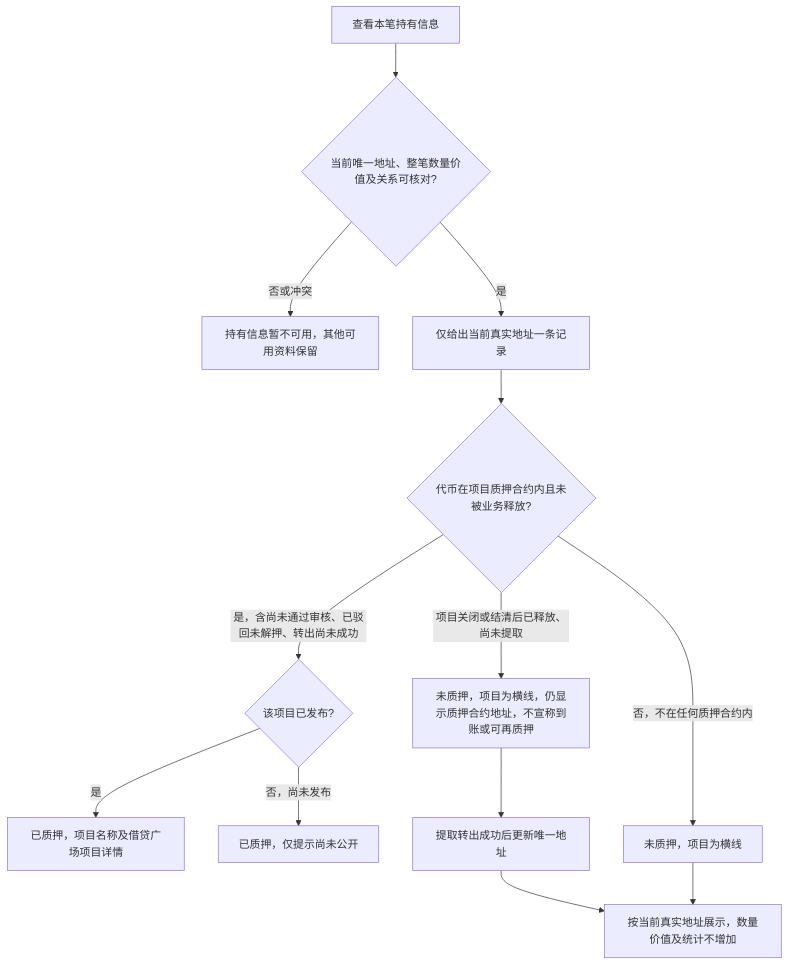
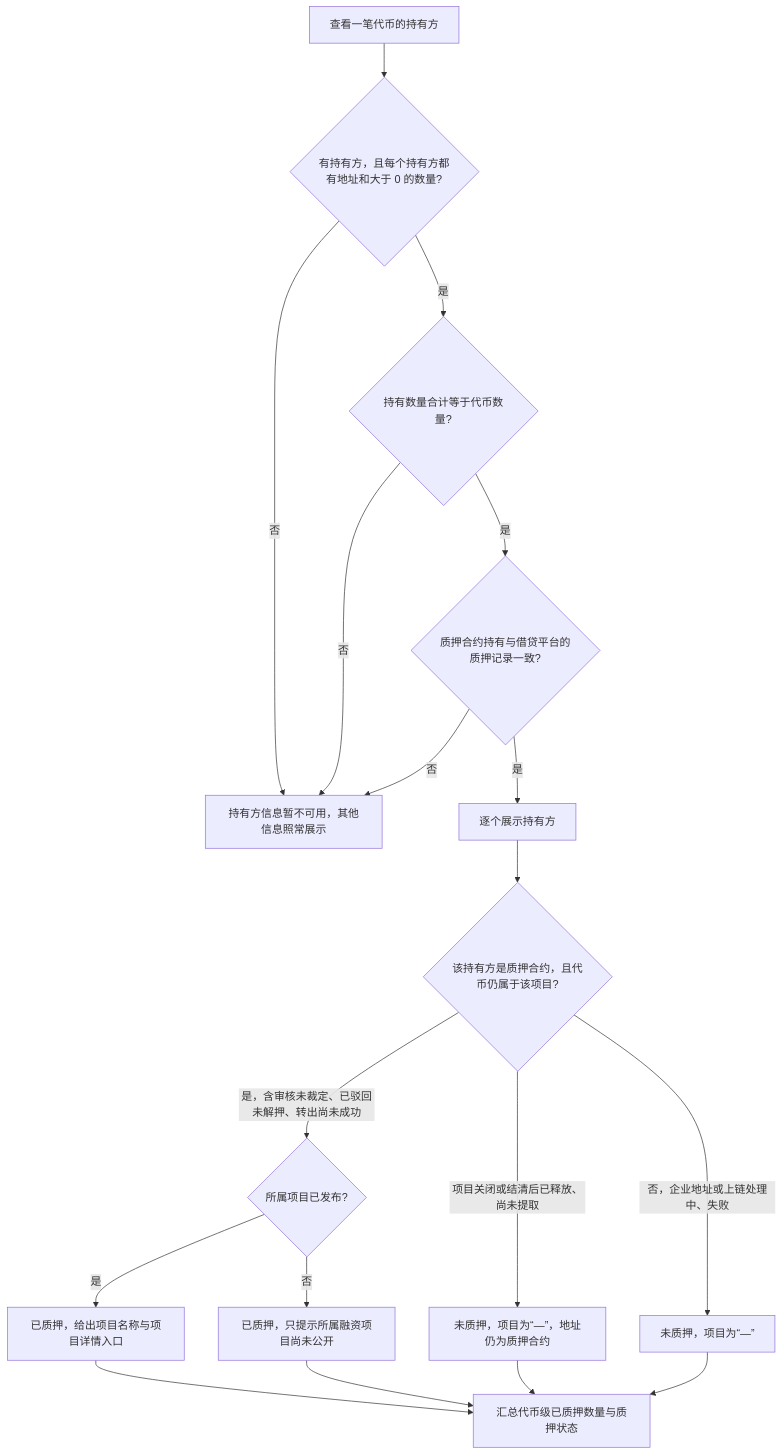
One commit to wxblockchain/Chain-Financing changed the third of 6 diagrams in lending-platform/PRD/面客端/04-资产广场-已上架代币只读域/02-资产广场-流程图与状态机.md. Above: the diagram before and after it, drawn with Mermaid. The commit also changed other lines of this file and 5 other files, not shown here.

````diff
--- a/lending-platform/PRD/面客端/04-资产广场-已上架代币只读域/02-资产广场-流程图与状态机.md
+++ b/lending-platform/PRD/面客端/04-资产广场-已上架代币只读域/02-资产广场-流程图与状态机.md
@@ -56,15 +56,20 @@
 ```mermaid
 flowchart TD
-  A[查看本笔持有信息] --> B{当前唯一地址、整笔数量价值及关系可核对?}
-  B -->|否或冲突| C[持有信息暂不可用，其他可用资料保留]
-  B -->|是| D[仅给出当前真实地址一条记录]
-  D --> E{代币在项目质押合约内且未被业务释放?}
-  E -->|是，含尚未通过审核、已驳回未解押、转出尚未成功| F{该项目已发布?}
-  F -->|是| G[已质押，项目名称及借贷广场项目详情]
-  F -->|否，尚未发布| H[已质押，仅提示尚未公开]
-  E -->|项目关闭或结清后已释放、尚未提取| K[未质押，项目为横线，仍显示质押合约地址，不宣称到账或可再质押]
-  K --> M[提取转出成功后更新唯一地址]
-  E -->|否，不在任何质押合约内| I[未质押，项目为横线]
-  M --> L[按当前真实地址展示，数量价值及统计不增加]
+  A[查看一笔代币的持有方] --> B{有持有方，且每个持有方都有地址和大于 0 的数量?}
+  B -->|否| X[持有方信息暂不可用，其他信息照常展示]
+  B -->|是| C{持有数量合计等于代币数量?}
+  C -->|否| X
+  C -->|是| D{质押合约持有与借贷平台的质押记录一致?}
+  D -->|否| X
+  D -->|是| E[逐个展示持有方]
+  E --> F{该持有方是质押合约，且代币仍属于该项目?}
+  F -->|是，含审核未裁定、已驳回未解押、转出尚未成功| G{所属项目已发布?}
+  G -->|是| H[已质押，给出项目名称与项目详情入口]
+  G -->|否| I[已质押，只提示所属融资项目尚未公开]
+  F -->|项目关闭或结清后已释放、尚未提取| J[未质押，项目为“—”，地址仍为质押合约]
+  F -->|否，企业地址或上链处理中、失败| K[未质押，项目为“—”]
+  H --> L[汇总代币级已质押数量与质押状态]
   I --> L
+  J --> L
+  K --> L
 ```
````
